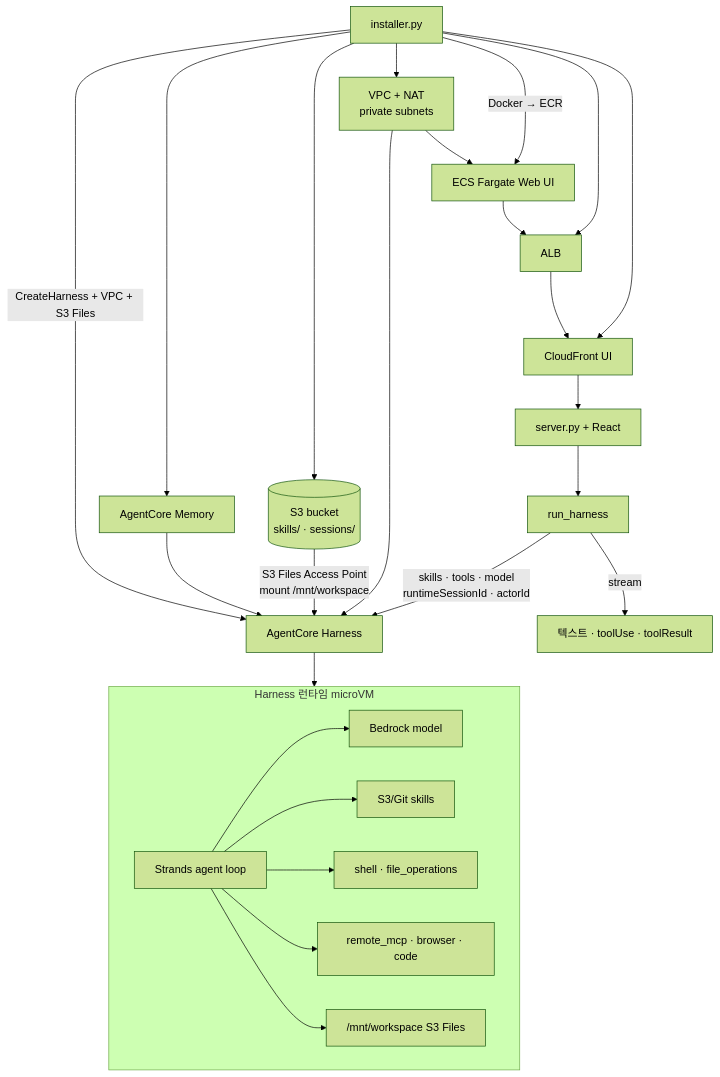
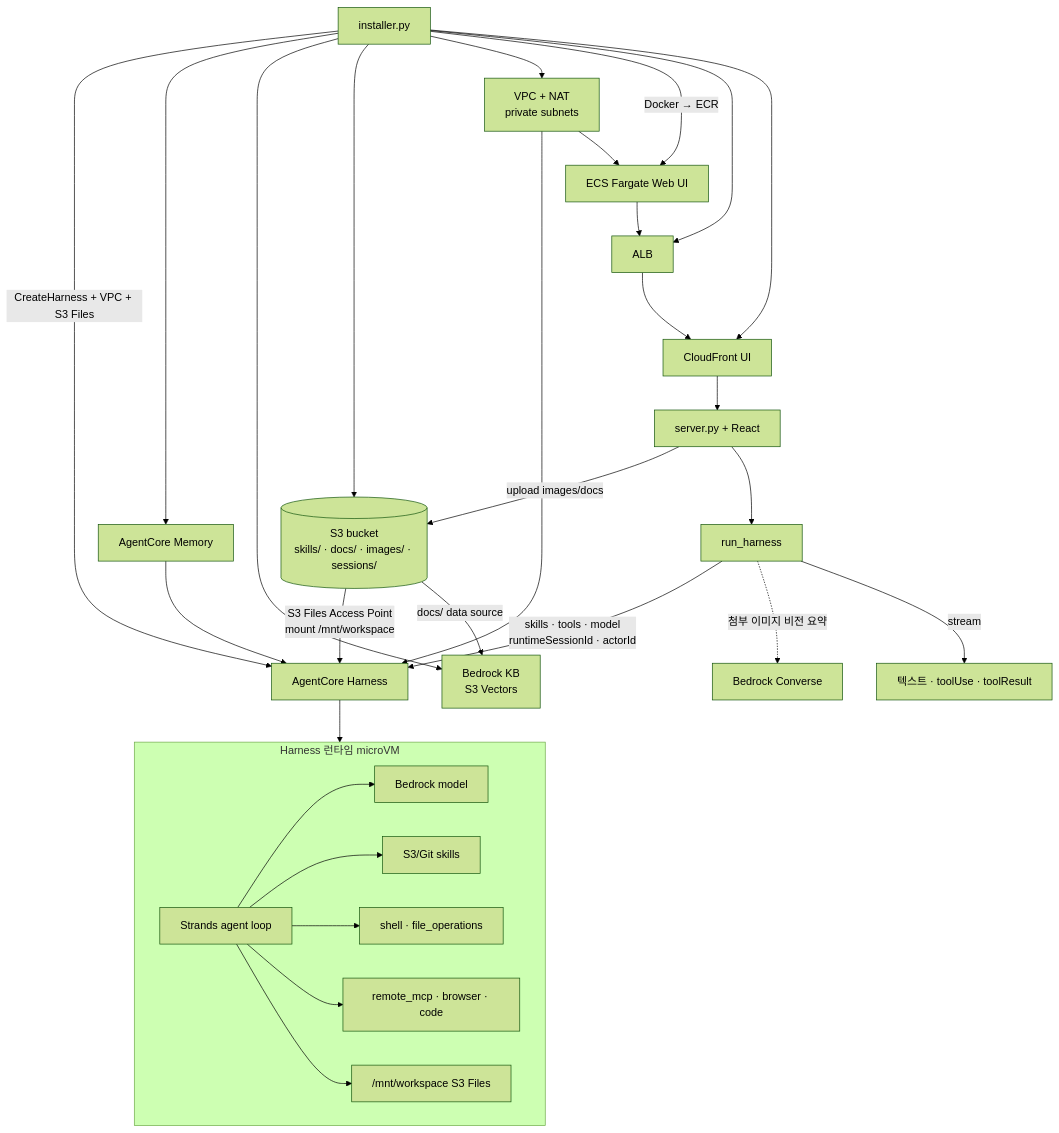
Before and after one commit to kyopark2014/harness-work: the diagram in README.md, drawn with Mermaid (forest theme). The commit also changed other lines of this file and 14 other files, not shown here.

````diff
--- a/README.md
+++ b/README.md
@@ -24,36 +26,40 @@
 ```mermaid
 flowchart TB
   INST[installer.py] -->|CreateHarness + VPC + S3 Files| H[AgentCore Harness]
   INST --> Mem[AgentCore Memory]
-  INST --> S3[(S3 bucket<br/>skills/ · sessions/)]
+  INST --> KB[Bedrock KB<br/>S3 Vectors]
+  INST --> S3[(S3 bucket<br/>skills/ · docs/ · images/ · sessions/)]
   INST --> VPC[VPC + NAT<br/>private subnets]
   INST -->|Docker → ECR| ECS[ECS Fargate Web UI]
   INST --> ALB[ALB]
   INST --> CFUI[CloudFront UI]
   Mem --> H
   S3 -->|S3 Files Access Point<br/>mount /mnt/workspace| H
+  S3 -->|docs/ data source| KB
   VPC --> H
   VPC --> ECS
   ECS --> ALB --> CFUI
 
   CFUI --> App[server.py + React]
+  App -->|upload images/docs| S3
   App --> RH[run_harness]
   RH -->|skills · tools · model<br/>runtimeSessionId · actorId| H
+  RH -.->|첨부 이미지 비전 요약| BR[Bedrock Converse]
 
   subgraph Harness["Harness 런타임 microVM"]
     Loop[Strands agent loop]
     Model[Bedrock model]
     Skills[S3/Git skills]
     BuiltIn[shell · file_operations]
     Remote[remote_mcp · browser · code]
     FS["/mnt/workspace S3 Files"]
     Loop --> Model
     Loop --> Skills
     Loop --> BuiltIn
     Loop --> Remote
     Loop --> FS
   end
 
   H --> Harness
   RH -->|stream| UI[텍스트 · toolUse · toolResult]
 ```
````
